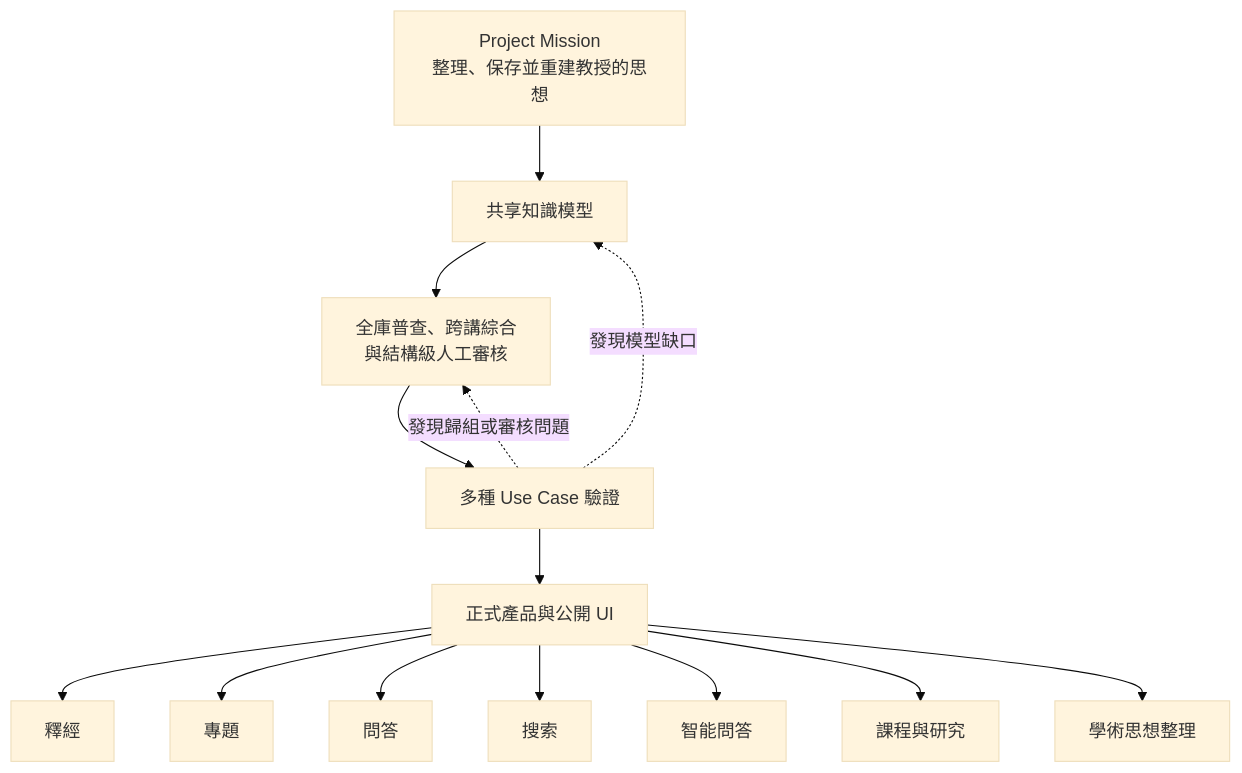
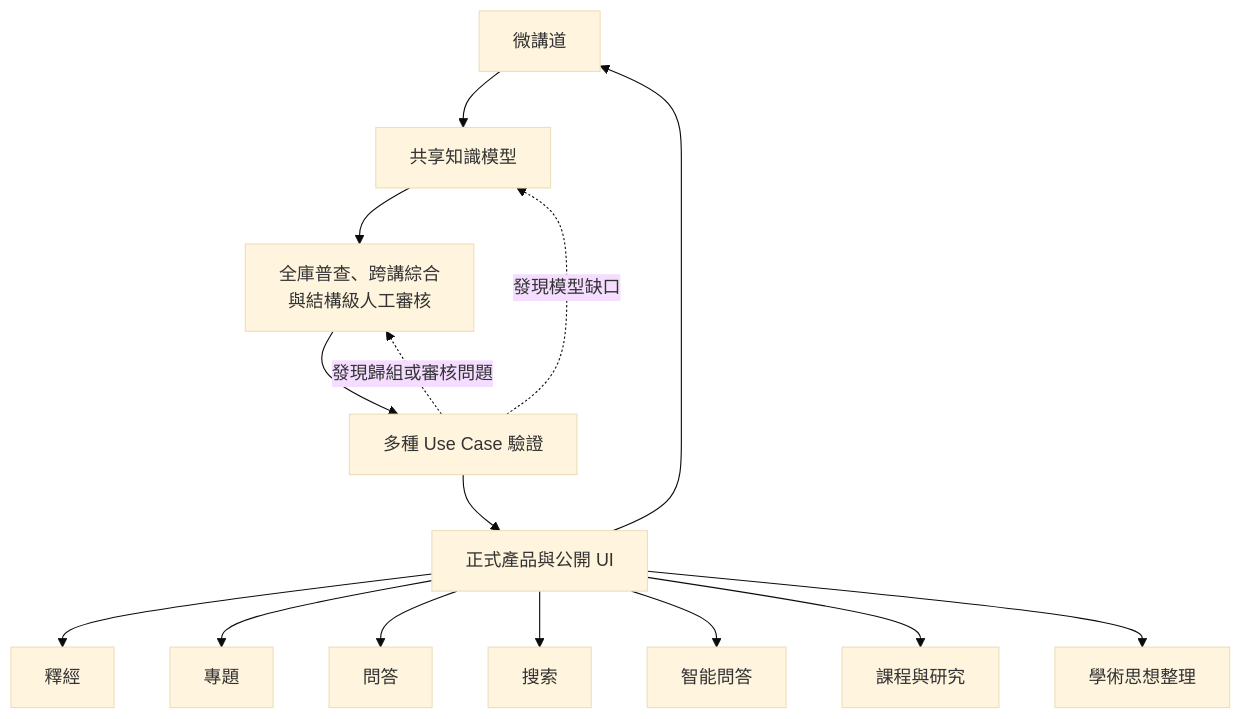
The first of 9 diagrams in docs/wang-knowledge-platform/project_mission_statement.md (junyang168/smart-answer), drawn with Mermaid (base theme) before and after one commit. The commit also changed other lines of this file and 5 other files, not shown here.

````diff
--- a/docs/wang-knowledge-platform/project_mission_statement.md
+++ b/docs/wang-knowledge-platform/project_mission_statement.md
@@ -54,17 +56,18 @@
 ```mermaid
 flowchart TD
     M["Project Mission<br/>整理、保存並重建教授的思想"] --> K["共享知識模型"]
     K --> C["全庫普查、跨講綜合<br/>與結構級人工審核"]
     C --> V["多種 Use Case 驗證"]
     V --> P["正式產品與公開 UI"]
     P --> E["釋經"]
     P --> T["專題"]
     P --> Q["問答"]
     P --> S["搜索"]
     P --> A["智能問答"]
     P --> R["課程與研究"]
     P --> H["學術思想整理"]
+    P --> M["微講道"]
 
     V -. "發現模型缺口" .-> K
     V -. "發現歸組或審核問題" .-> C
 ```
````
